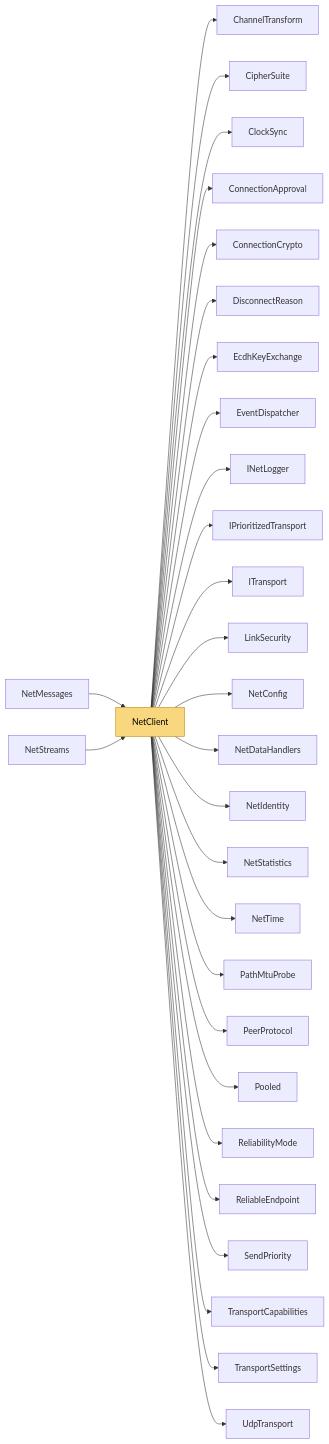
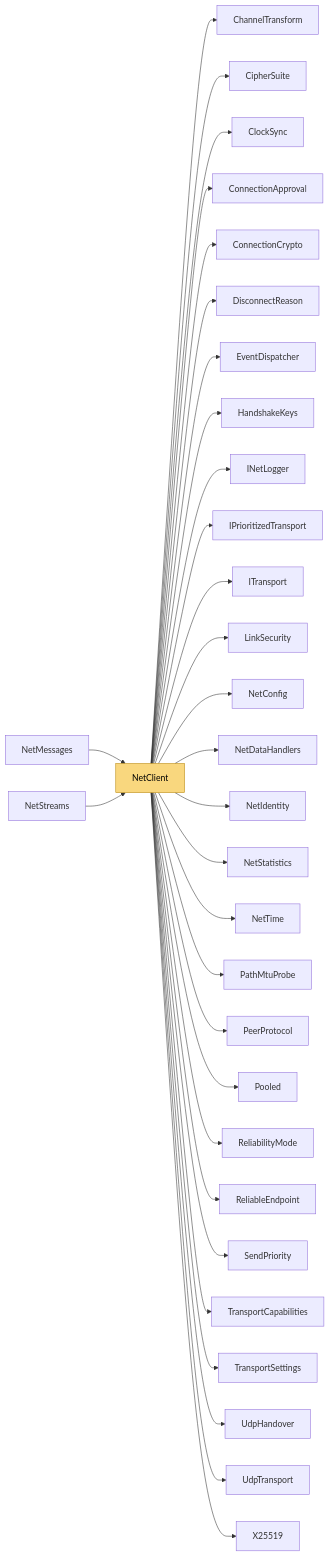
The diagram in docs/Code/Peers/NetClient.md (VladislavKresov/NetSync), drawn with Mermaid before and after one commit. The commit also changed other lines of this file and 56 other files, not shown here.

Commit message:
Docs: limitations and roadmap after rc.6 work; regenerated code reference

````diff
--- a/docs/Code/Peers/NetClient.md
+++ b/docs/Code/Peers/NetClient.md
@@ -78,33 +78,35 @@
 ```mermaid
 flowchart LR
   m_NetClient["NetClient"]:::self
   m_NetClient --> m_ChannelTransform["ChannelTransform"]
   m_NetClient --> m_CipherSuite["CipherSuite"]
   m_NetClient --> m_ClockSync["ClockSync"]
   m_NetClient --> m_ConnectionApproval["ConnectionApproval"]
   m_NetClient --> m_ConnectionCrypto["ConnectionCrypto"]
   m_NetClient --> m_DisconnectReason["DisconnectReason"]
-  m_NetClient --> m_EcdhKeyExchange["EcdhKeyExchange"]
   m_NetClient --> m_EventDispatcher["EventDispatcher"]
+  m_NetClient --> m_HandshakeKeys["HandshakeKeys"]
   m_NetClient --> m_INetLogger["INetLogger"]
   m_NetClient --> m_IPrioritizedTransport["IPrioritizedTransport"]
   m_NetClient --> m_ITransport["ITransport"]
   m_NetClient --> m_LinkSecurity["LinkSecurity"]
   m_NetClient --> m_NetConfig["NetConfig"]
   m_NetClient --> m_NetDataHandlers["NetDataHandlers"]
   m_NetClient --> m_NetIdentity["NetIdentity"]
   m_NetClient --> m_NetStatistics["NetStatistics"]
   m_NetClient --> m_NetTime["NetTime"]
   m_NetClient --> m_PathMtuProbe["PathMtuProbe"]
   m_NetClient --> m_PeerProtocol["PeerProtocol"]
   m_NetClient --> m_Pooled["Pooled"]
   m_NetClient --> m_ReliabilityMode["ReliabilityMode"]
   m_NetClient --> m_ReliableEndpoint["ReliableEndpoint"]
   m_NetClient --> m_SendPriority["SendPriority"]
   m_NetClient --> m_TransportCapabilities["TransportCapabilities"]
   m_NetClient --> m_TransportSettings["TransportSettings"]
+  m_NetClient --> m_UdpHandover["UdpHandover"]
   m_NetClient --> m_UdpTransport["UdpTransport"]
+  m_NetClient --> m_X25519["X25519"]
   m_NetMessages["NetMessages"] --> m_NetClient
   m_NetStreams["NetStreams"] --> m_NetClient
   classDef self fill:#f9d77e,stroke:#b8860b,color:#000
 ```
````
